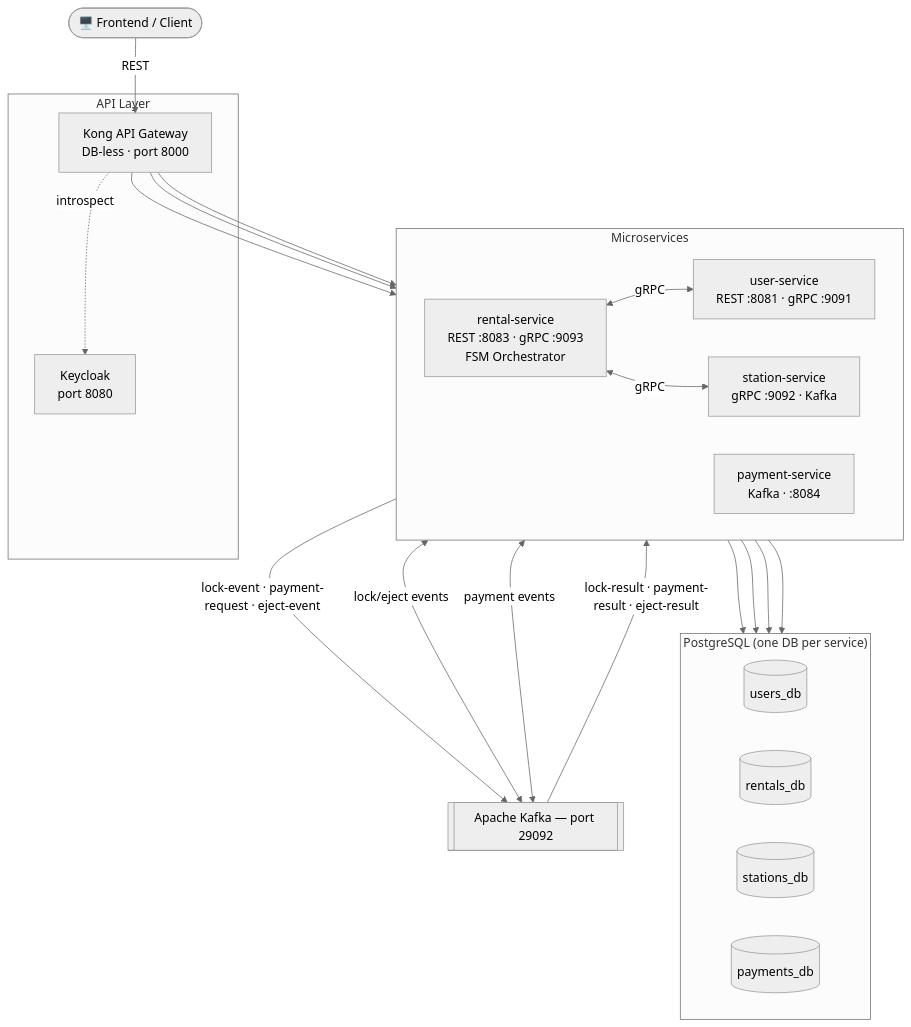
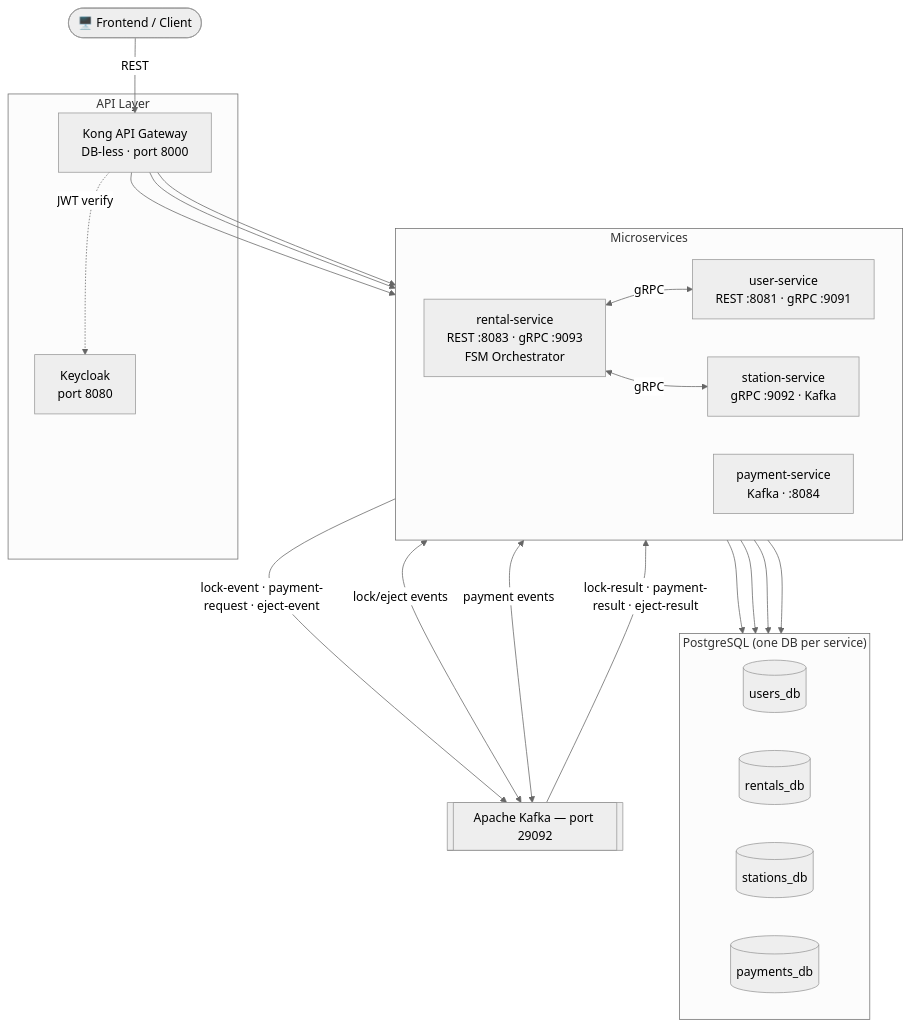
The diagram in README.md (yusufjon-akhmedov/powerbank-sharing), drawn with Mermaid (neutral theme) before and after one commit. The commit also changed other lines of this file, not shown here.

Commit message:
docs: update README - Kong port 8000, JWT auth, fix diagram

````diff
--- a/README.md
+++ b/README.md
@@ -41,44 +42,44 @@
 ```mermaid
 flowchart TD
     Client(["🖥️ Frontend / Client"])
 
     subgraph gw["API Layer"]
         Kong["Kong API Gateway\nDB-less · port 8000"]
         Keycloak["Keycloak\nport 8080"]
     end
 
     subgraph svc["Microservices"]
         direction LR
         US["user-service\nREST :8081 · gRPC :9091"]
         RS["rental-service\nREST :8083 · gRPC :9093\nFSM Orchestrator"]
         SS["station-service\ngRPC :9092 · Kafka"]
         PS["payment-service\nKafka · :8084"]
     end
 
     subgraph dbs["PostgreSQL (one DB per service)"]
         direction LR
         UDB[("users_db")]
         RDB[("rentals_db")]
         SDB[("stations_db")]
         PDB[("payments_db")]
     end
 
     Kafka[["Apache Kafka — port 29092"]]
 
     Client -->|REST| Kong
-    Kong -. introspect .-> Keycloak
+    Kong -. JWT verify .-> Keycloak
     Kong --> US & RS & SS
 
     RS <-->|gRPC| US
     RS <-->|gRPC| SS
 
     US --> UDB
     RS --> RDB
     SS --> SDB
     PS --> PDB
 
     RS -->|lock-event · payment-request · eject-event| Kafka
     Kafka -->|lock-result · payment-result · eject-result| RS
     SS <-->|lock/eject events| Kafka
     PS <-->|payment events| Kafka
 ```
````
